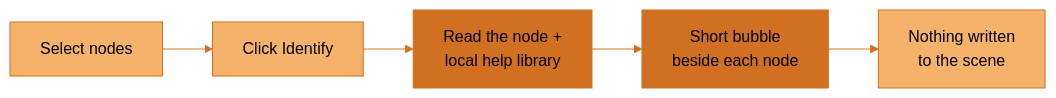
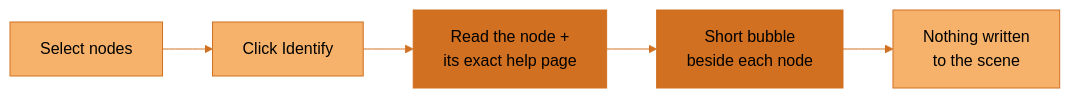
One commit to JosephOIbrahim/Synapse changed the second of 2 diagrams in README.md. Above: the diagram before and after it, drawn with Mermaid (forest theme). The commit also changed other lines of this file and 16 other files, not shown here.

````diff
--- a/README.md
+++ b/README.md
@@ -67,15 +67,15 @@
 ```mermaid
 flowchart LR
     accTitle: How Identify explains selected nodes
-    accDescr: You select nodes and click Identify. SYNAPSE reads each node and the local SideFX help library without a model. A short bubble appears beside each node, drawn over the network editor. Nothing is written to the scene.
+    accDescr: You select nodes and click Identify. SYNAPSE reads each node and finds its exact page in the local SideFX help library, the way Houdini's own help does, or uses an HDA's own help, without a model. A short bubble appears beside each node, drawn over the network editor. Nothing is written to the scene.
     S["Select nodes"] --> I["Click Identify"]
-    I --> R["Read the node +<br/>local help library"]
+    I --> R["Read the node +<br/>its exact help page"]
     R --> N["Short bubble<br/>beside each node"]
     N --> F["Nothing written<br/>to the scene"]
     classDef default fill:#F6B26B,stroke:#D07020,color:#000000
     classDef artist fill:#F6B26B,stroke:#D07020,color:#000000
     classDef synapse fill:#D07020,stroke:#D07020,color:#000000
     class S,I artist
     class R,N synapse
     linkStyle default stroke:#D07020
 ```
````
